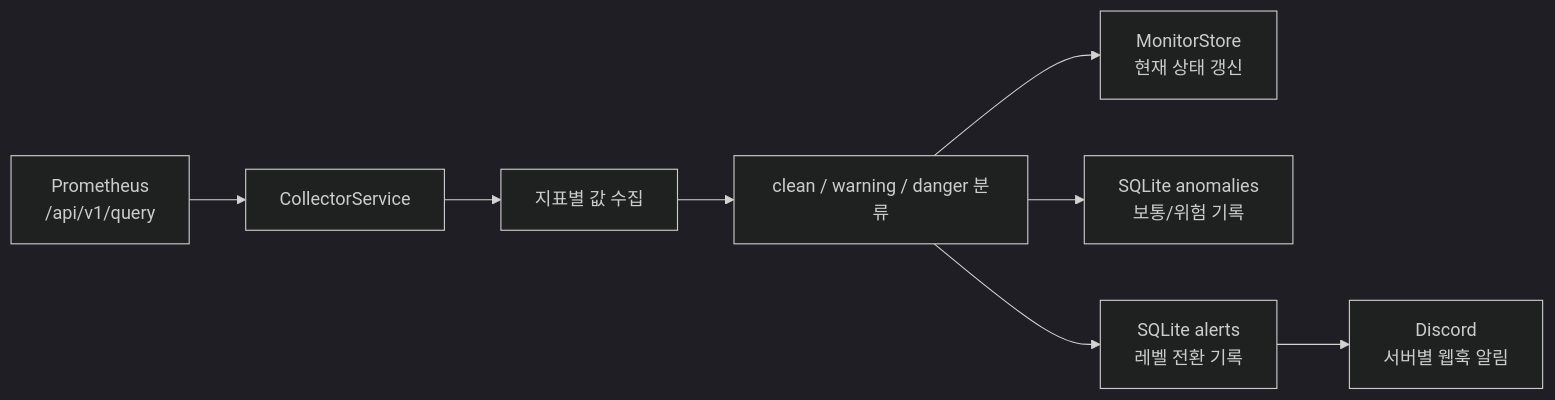
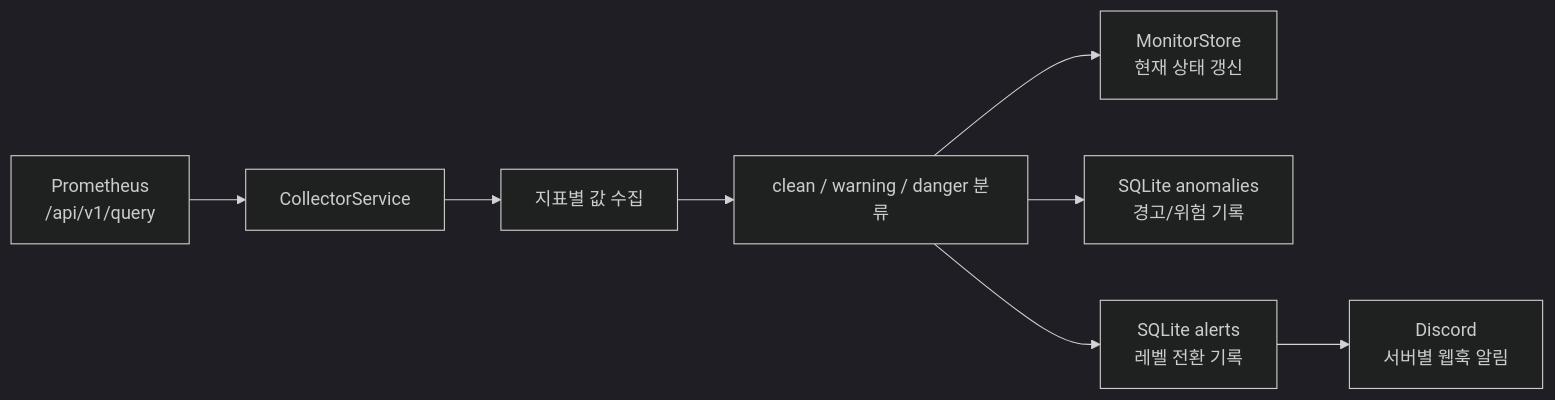
Before and after one commit to yoooooungwoon/virnect-project: the third of 3 diagrams in README.md, drawn with Mermaid (dark theme). The commit also changed other lines of this file and 7 other files, not shown here.

````diff
--- a/README.md
+++ b/README.md
@@ -111,10 +111,10 @@
 ```mermaid
 flowchart LR
   A["Prometheus<br/>/api/v1/query"] --> B["CollectorService"]
   B --> C["지표별 값 수집"]
   C --> D["clean / warning / danger 분류"]
   D --> E["MonitorStore<br/>현재 상태 갱신"]
-  D --> F["SQLite anomalies<br/>보통/위험 기록"]
+  D --> F["SQLite anomalies<br/>경고/위험 기록"]
   D --> G["SQLite alerts<br/>레벨 전환 기록"]
   G --> H["Discord<br/>서버별 웹훅 알림"]
 ```
````
